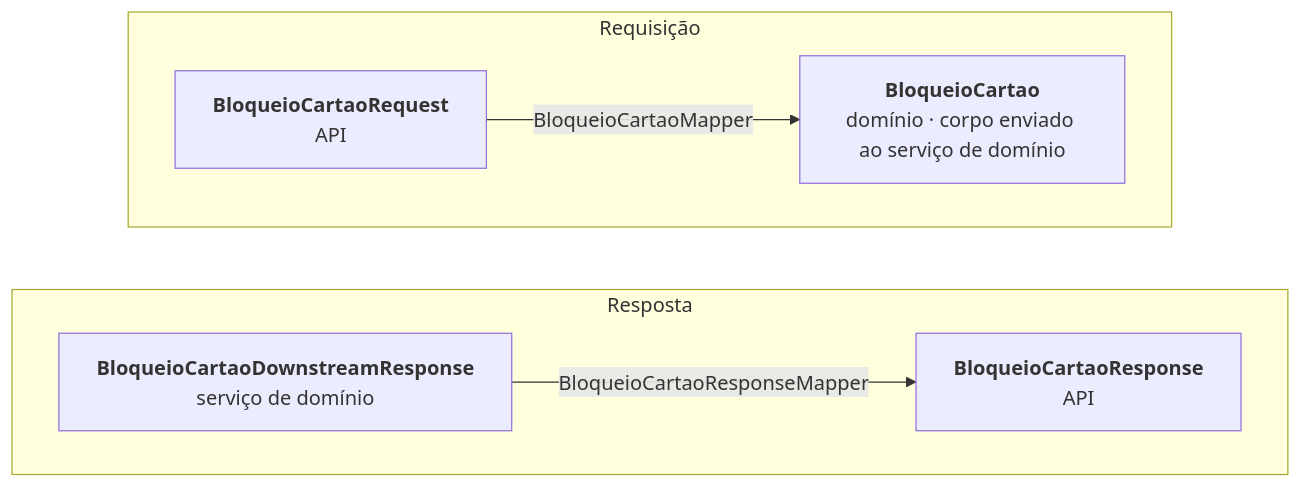
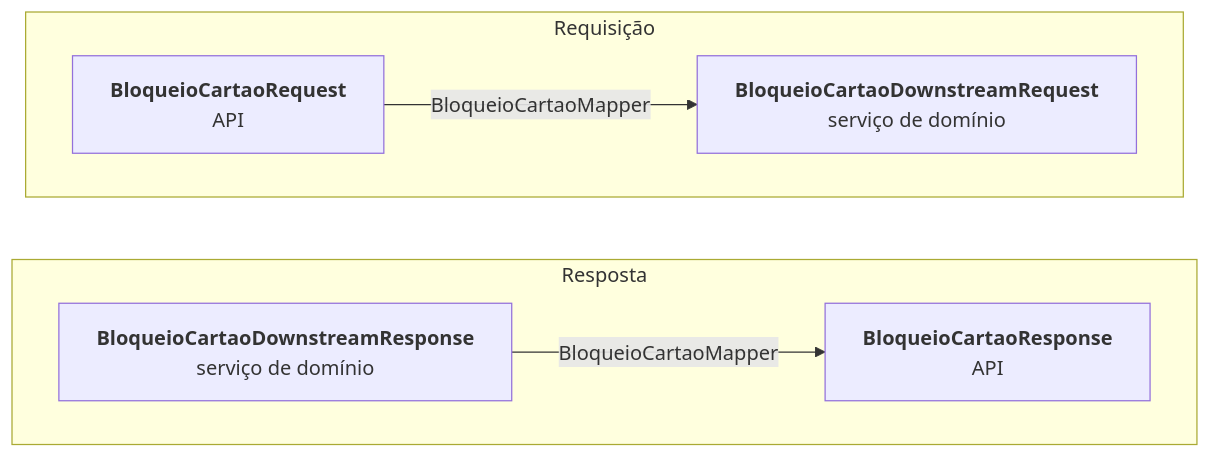
Before and after one commit to luanvs-ciant/bradesco: the second of 2 diagrams in README.md, drawn with Mermaid. The commit also changed other lines of this file and 42 other files, not shown here.

Commit message:
refactor: remove unused packages and classes; add BloqueioCartaoApplicationService and related components

````diff
--- a/README.md
+++ b/README.md
@@ -70,18 +70,18 @@
 ```mermaid
 flowchart TB
     subgraph ida["Requisição"]
         direction LR
         req["<b>BloqueioCartaoRequest</b><br/>API"]
-        model["<b>BloqueioCartao</b><br/>domínio · corpo enviado ao serviço de domínio"]
-        req -- "BloqueioCartaoMapper" --> model
+        dreq["<b>BloqueioCartaoDownstreamRequest</b><br/>serviço de domínio"]
+        req -- "BloqueioCartaoMapper" --> dreq
     end
 
     subgraph volta["Resposta"]
         direction LR
+        dres["<b>BloqueioCartaoDownstreamResponse</b><br/>serviço de domínio"]
         res["<b>BloqueioCartaoResponse</b><br/>API"]
-        dres["<b>BloqueioCartaoDownstreamResponse</b><br/>serviço de domínio"]
-        dres -- "BloqueioCartaoResponseMapper" --> res
+        dres -- "BloqueioCartaoMapper" --> res
     end
 
     ida ~~~ volta
 ```
````
